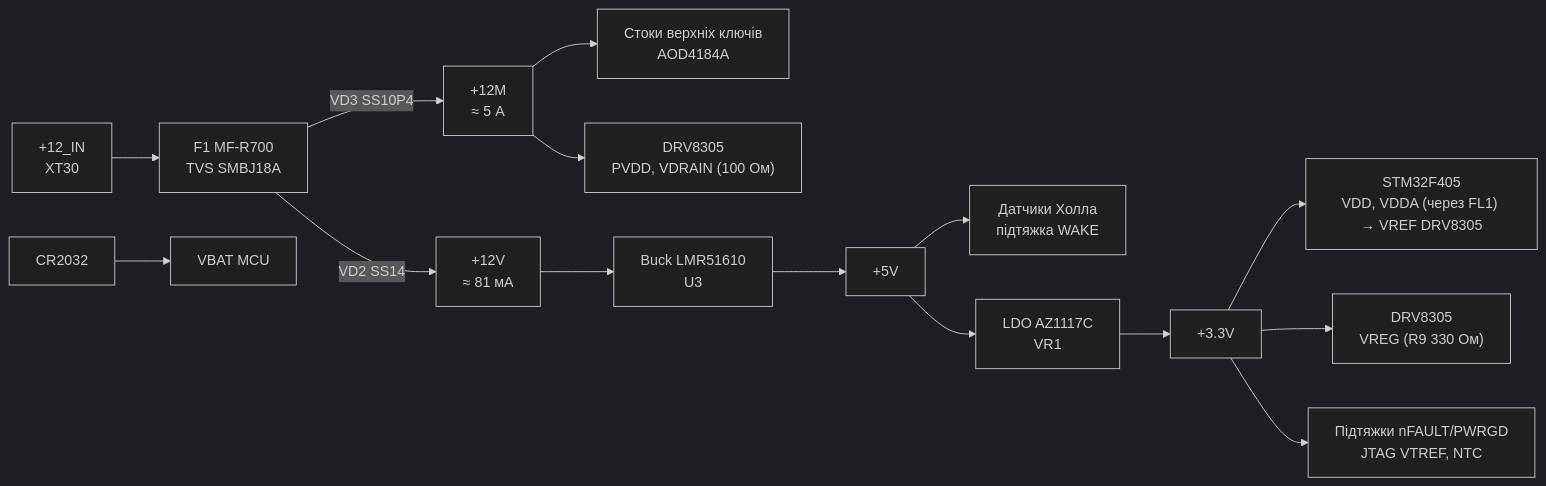
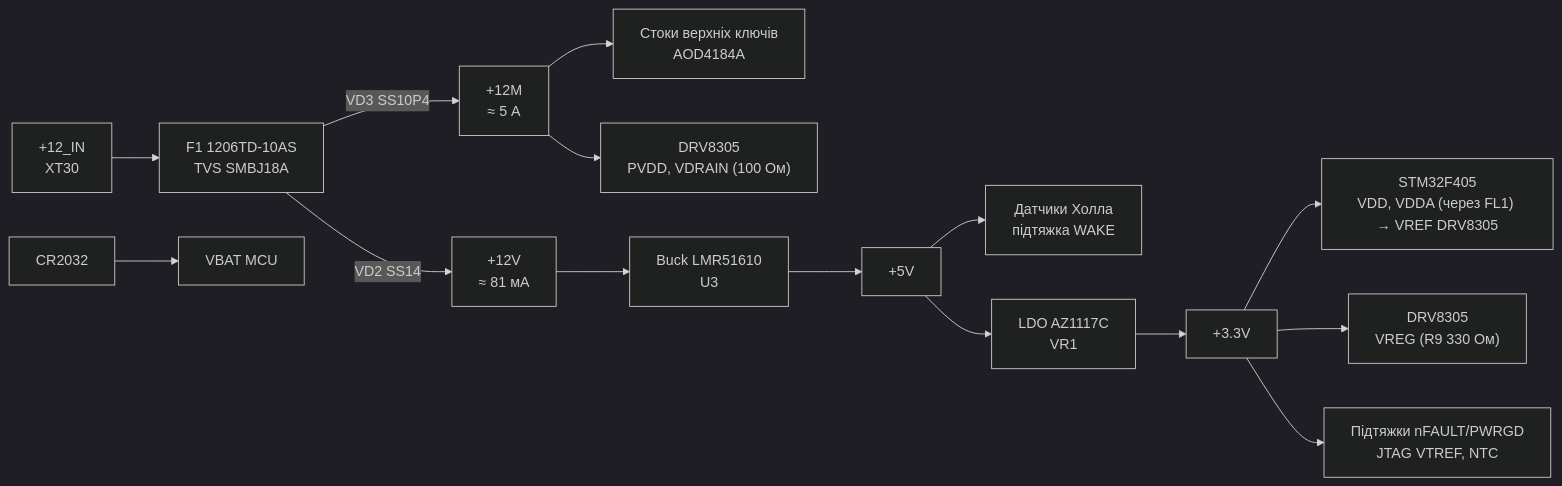
Before and after one commit to anhro/hardware-development: the second of 2 diagrams in motor-drive-controller/docs/architecture.md, drawn with Mermaid (dark theme). The commit also changed other lines of this file and 15 other files, not shown here.

````diff
--- a/motor-drive-controller/docs/architecture.md
+++ b/motor-drive-controller/docs/architecture.md
@@ -33,17 +33,17 @@
 ```mermaid
 flowchart LR
-    IN["+12_IN<br/>XT30"] --> F1["F1 MF-R700<br/>TVS SMBJ18A"]
+    IN["+12_IN<br/>XT30"] --> F1["F1 1206TD-10AS<br/>TVS SMBJ18A"]
     F1 -- "VD3 SS10P4" --> V12M["+12M<br/>≈ 5 А"]
     F1 -- "VD2 SS14" --> V12["+12V<br/>≈ 81 мА"]
     V12M --> Q["Стоки верхніх ключів<br/>AOD4184A"]
     V12M --> PVDD["DRV8305<br/>PVDD, VDRAIN (100 Ом)"]
     V12 --> BUCK["Buck LMR51610<br/>U3"]
     BUCK --> V5["+5V"]
     V5 --> HALL["Датчики Холла<br/>підтяжка WAKE"]
     V5 --> LDO["LDO AZ1117C<br/>VR1"]
     LDO --> V33["+3.3V"]
     V33 --> MCUP["STM32F405<br/>VDD, VDDA (через FL1) → VREF DRV8305"]
     V33 --> DRVL["DRV8305<br/>VREG (R9 330 Ом)"]
     V33 --> PU["Підтяжки nFAULT/PWRGD<br/>JTAG VTREF, NTC"]
     BAT["CR2032"] --> VBAT["VBAT MCU"]
 ```
````
